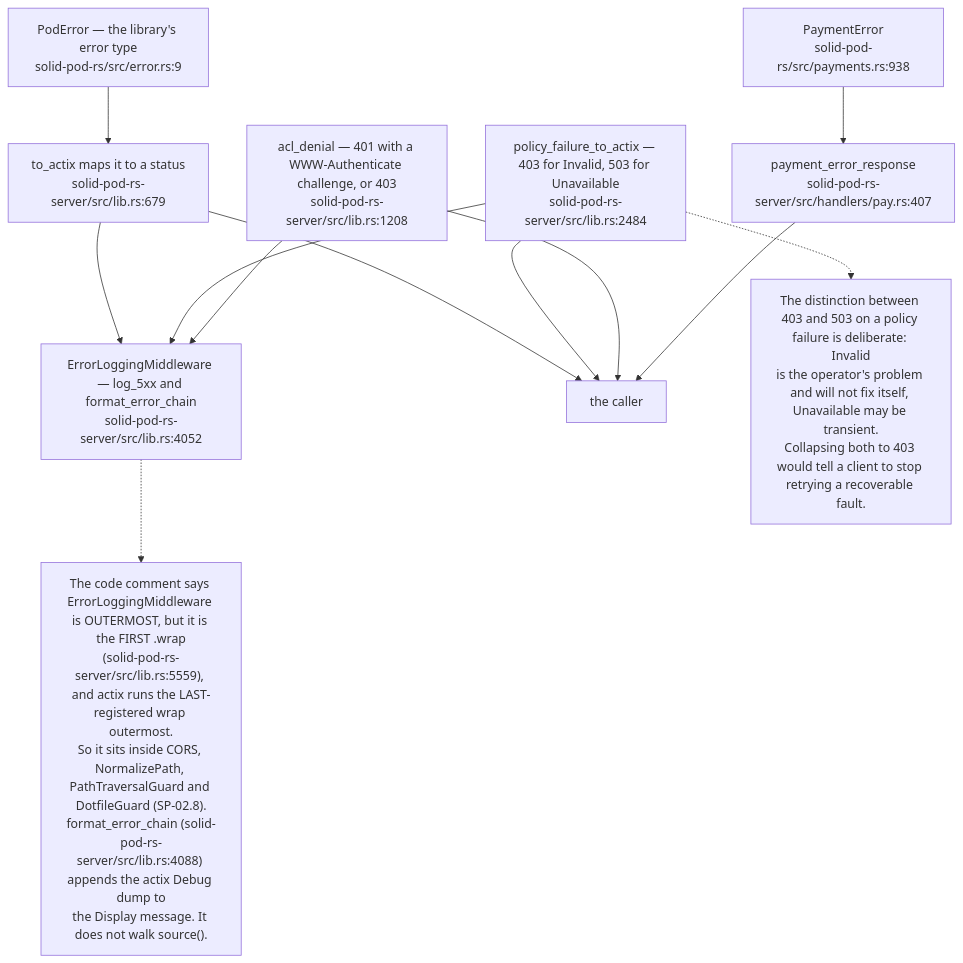
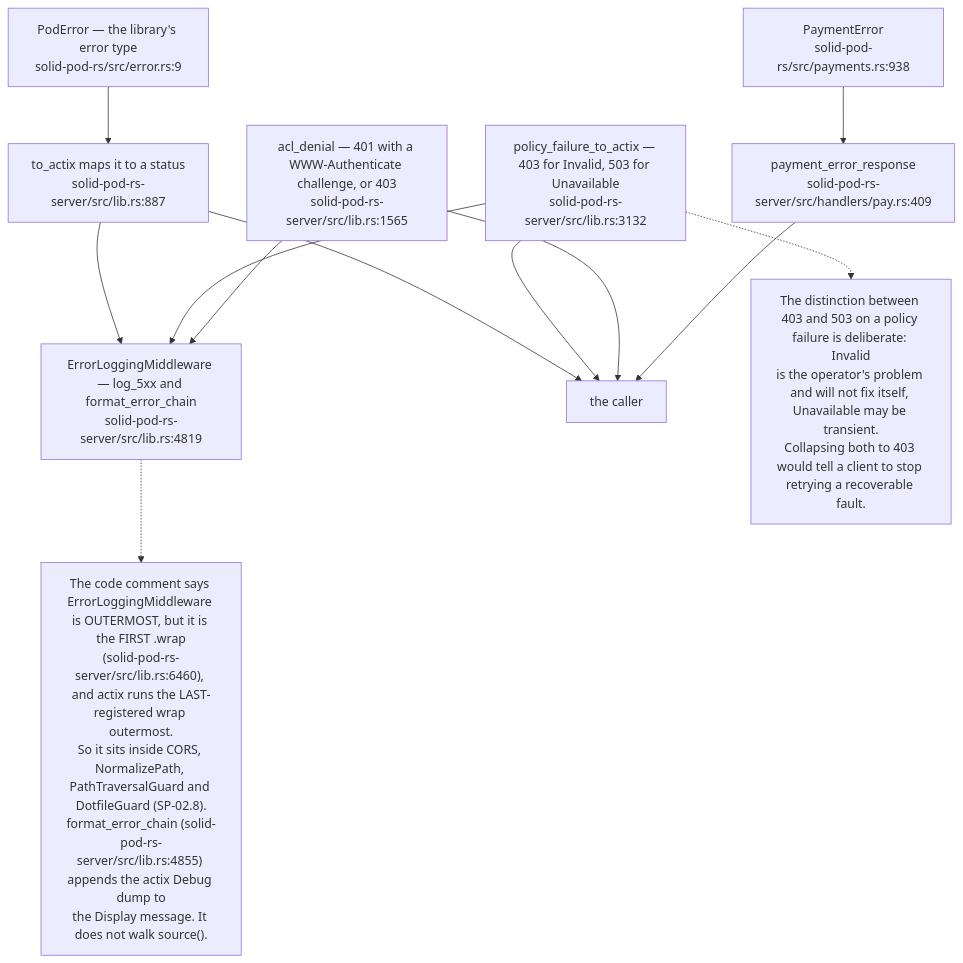
One commit to DreamLab-AI/VisionFlow changed the ninth of 13 diagrams in docs/diagrams/solid-pod-rs/10-failure-modes-and-invariants.md. Above: the diagram before and after it, drawn with Mermaid. The commit also changed other lines of this file and 2 other files, not shown here.

First line of the commit message:
docs(diagrams): SP-07, SP-10, SP-15 re-verified at solid-pod-rs a28a748

````diff
--- a/docs/diagrams/solid-pod-rs/10-failure-modes-and-invariants.md
+++ b/docs/diagrams/solid-pod-rs/10-failure-modes-and-invariants.md
@@ -273,24 +286,24 @@
 ```mermaid
 flowchart TD
     POD["PodError — the library's error type<br/>solid-pod-rs/src/error.rs:9"]
-    TA["to_actix maps it to a status<br/>solid-pod-rs-server/src/lib.rs:679"]
-    PF["policy_failure_to_actix — 403 for Invalid, 503 for Unavailable<br/>solid-pod-rs-server/src/lib.rs:2484"]
-    AD["acl_denial — 401 with a WWW-Authenticate challenge, or 403<br/>solid-pod-rs-server/src/lib.rs:1208"]
+    TA["to_actix maps it to a status<br/>solid-pod-rs-server/src/lib.rs:887"]
+    PF["policy_failure_to_actix — 403 for Invalid, 503 for Unavailable<br/>solid-pod-rs-server/src/lib.rs:3132"]
+    AD["acl_denial — 401 with a WWW-Authenticate challenge, or 403<br/>solid-pod-rs-server/src/lib.rs:1565"]
     PE["PaymentError<br/>solid-pod-rs/src/payments.rs:938"]
-    PR["payment_error_response<br/>solid-pod-rs-server/src/handlers/pay.rs:407"]
-    LOG["ErrorLoggingMiddleware — log_5xx and format_error_chain<br/>solid-pod-rs-server/src/lib.rs:4052"]
+    PR["payment_error_response<br/>solid-pod-rs-server/src/handlers/pay.rs:409"]
+    LOG["ErrorLoggingMiddleware — log_5xx and format_error_chain<br/>solid-pod-rs-server/src/lib.rs:4819"]
     C["the caller"]
 
     POD --> TA --> C
     PF --> C
     AD --> C
     PE --> PR --> C
     TA --> LOG
     PF --> LOG
     AD --> LOG
 
     N["The distinction between 403 and 503 on a policy failure is deliberate: Invalid<br/>is the operator's problem and will not fix itself, Unavailable may be transient.<br/>Collapsing both to 403 would tell a client to stop retrying a recoverable fault."]
     PF -.-> N
-    N2["The code comment says ErrorLoggingMiddleware is OUTERMOST, but it is the FIRST .wrap<br/>(solid-pod-rs-server/src/lib.rs:5559), and actix runs the LAST-registered wrap outermost.<br/>So it sits inside CORS, NormalizePath, PathTraversalGuard and DotfileGuard (SP-02.8).<br/>format_error_chain (solid-pod-rs-server/src/lib.rs:4088) appends the actix Debug dump to<br/>the Display message. It does not walk source()."]
+    N2["The code comment says ErrorLoggingMiddleware is OUTERMOST, but it is the FIRST .wrap<br/>(solid-pod-rs-server/src/lib.rs:6460), and actix runs the LAST-registered wrap outermost.<br/>So it sits inside CORS, NormalizePath, PathTraversalGuard and DotfileGuard (SP-02.8).<br/>format_error_chain (solid-pod-rs-server/src/lib.rs:4855) appends the actix Debug dump to<br/>the Display message. It does not walk source()."]
     LOG -.-> N2
 ```
````
